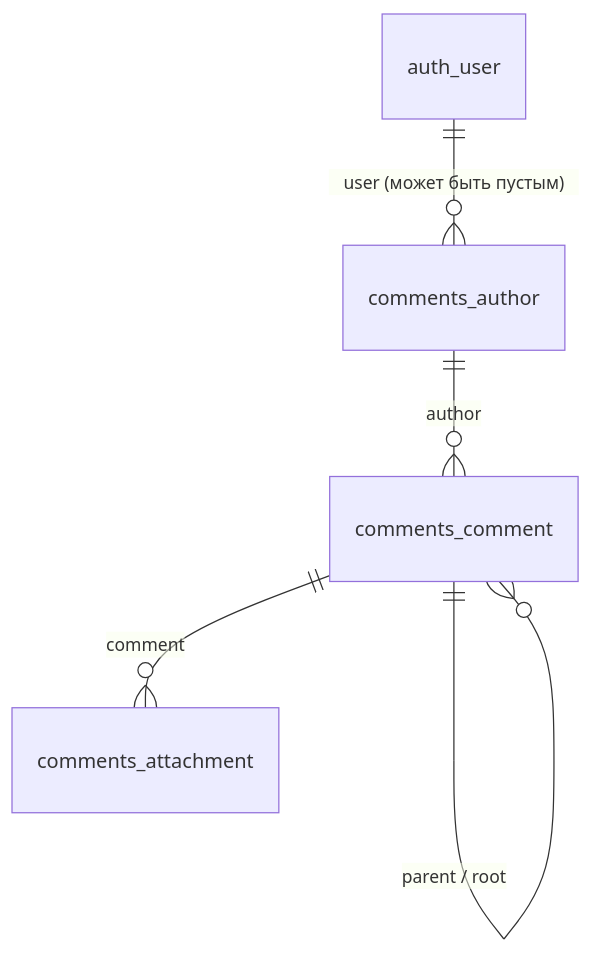
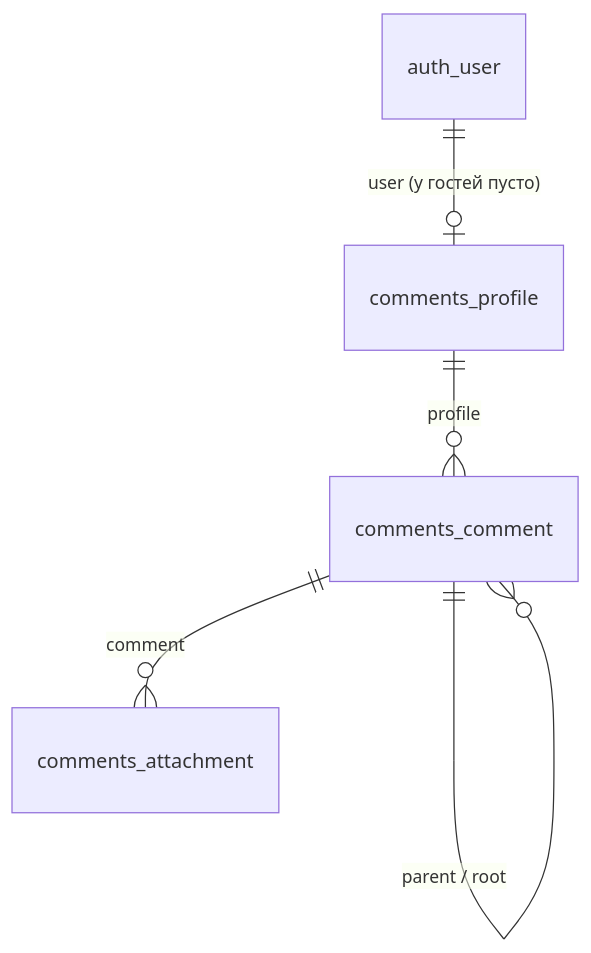
Before and after one commit to htaed15/dzen-comments: the diagram in README.md, drawn with Mermaid. The commit also changed other lines of this file and 20 other files, not shown here.

````diff
--- a/README.md
+++ b/README.md
@@ -135,7 +150,7 @@
 ```mermaid
 erDiagram
-    auth_user ||--o{ comments_author : "user (может быть пустым)"
-    comments_author ||--o{ comments_comment : "author"
+    auth_user ||--o| comments_profile : "user (у гостей пусто)"
+    comments_profile ||--o{ comments_comment : "profile"
     comments_comment ||--o{ comments_comment : "parent / root"
     comments_comment ||--o{ comments_attachment : "comment"
 ```
````
